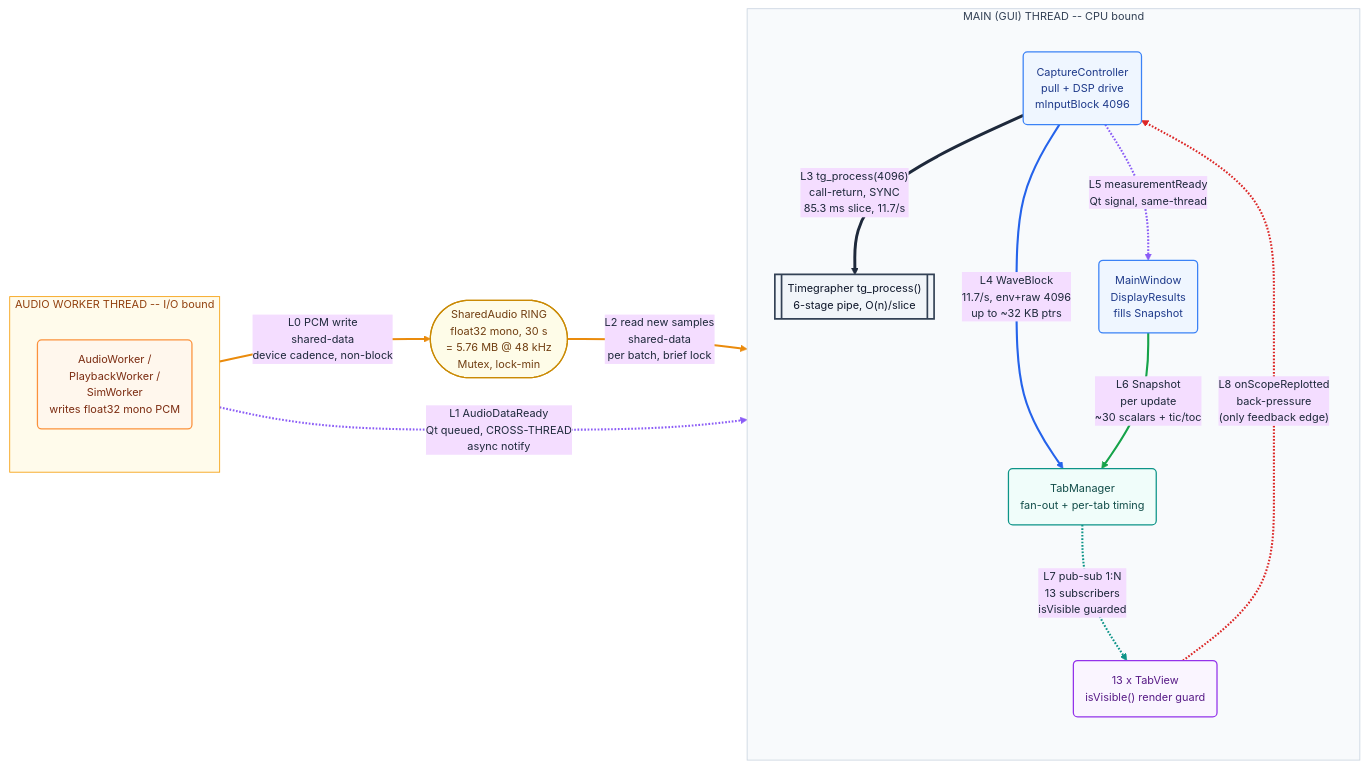
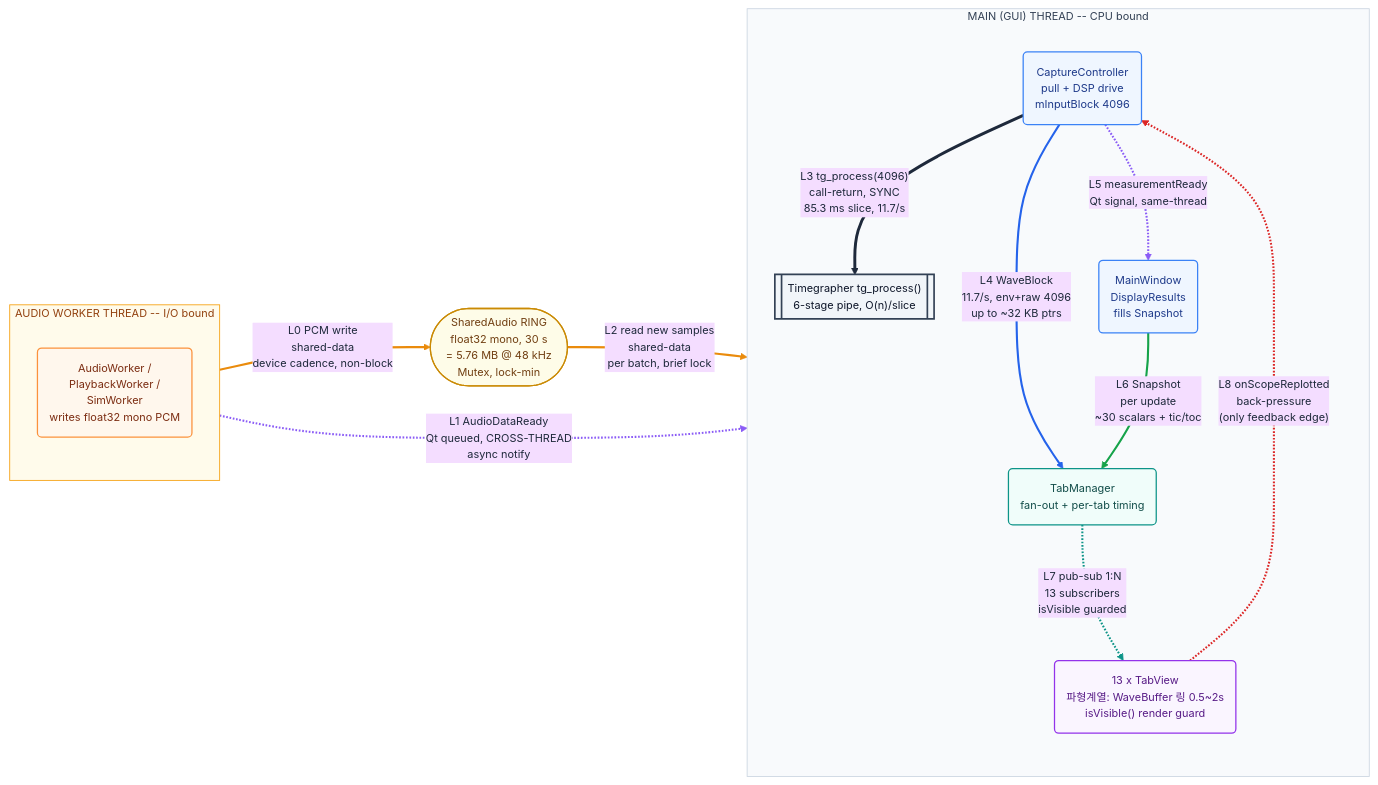
The first of 4 diagrams in documents/archive/CC_VIEW.md (jaehong179/architect_cmu), drawn with Mermaid before and after one commit. The commit also changed 1 other file, not shown here.

Commit message:
docs(archive): show all three ring buffers in the C&C view diagram
The §5 C&C diagram only drew the SharedAudio ring; per-tab WaveBuffer and the
central WaveLodHistory were missing. Now the diagram shows all three (SharedAudio
ring 30s/5.76MB, per-tab WaveBuffer ring on wave tabs, WaveLodHistory WaveSink
~210MB) and a buffer-composition table makes the kinds/sizes/addressing explicit:
all are rings keyed by absolute sample index; only SharedAudio crosses the thread
boundary; scalar-only tabs hold no WaveBuffer. CC_VIEW figure 1 annotated too.

Confirms: yes, each wave/scope tab owns its own WaveBuffer ring (mBuf[a % mCap]).

````diff
--- a/documents/archive/CC_VIEW.md
+++ b/documents/archive/CC_VIEW.md
@@ -40,54 +40,54 @@
 ```mermaid
 %%{init: {'theme':'base','themeVariables':{'fontFamily':'Segoe UI, Helvetica, Arial, sans-serif','fontSize':'13px','lineColor':'#94a3b8','primaryTextColor':'#1e293b'},'flowchart':{'curve':'basis','nodeSpacing':46,'rankSpacing':78,'padding':14}}}%%
 flowchart LR
   subgraph WT["AUDIO WORKER THREAD  --  I/O bound"]
     direction TB
     AW("AudioWorker /<br/>PlaybackWorker /<br/>SimWorker<br/>writes float32 mono PCM")
   end
 
   RING(["SharedAudio RING<br/>float32 mono, 30 s<br/>= 5.76 MB @ 48 kHz<br/>Mutex, lock-min"])
 
   subgraph MT["MAIN (GUI) THREAD  --  CPU bound"]
     direction TB
     CC("CaptureController<br/>pull + DSP drive<br/>mInputBlock 4096")
     TG[["Timegrapher tg_process()<br/>6-stage pipe, O(n)/slice"]]
     MW("MainWindow<br/>DisplayResults<br/>fills Snapshot")
     TM("TabManager<br/>fan-out + per-tab timing")
-    TABS("13 x TabView<br/>isVisible() render guard")
+    TABS("13 x TabView<br/>파형계열: WaveBuffer 링 0.5~2s<br/>isVisible() render guard")
   end
 
   AW -- "L0 PCM write<br/>shared-data<br/>device cadence, non-block" --> RING
   RING -- "L2 read new samples<br/>shared-data<br/>per batch, brief lock" --> CC
   AW -. "L1 AudioDataReady<br/>Qt queued, CROSS-THREAD<br/>async notify" .-> CC
   CC == "L3 tg_process(4096)<br/>call-return, SYNC<br/>85.3 ms slice, 11.7/s" ==> TG
   CC -- "L4 WaveBlock<br/>11.7/s, env+raw 4096<br/>up to ~32 KB ptrs" --> TM
   CC -. "L5 measurementReady<br/>Qt signal, same-thread" .-> MW
   MW -- "L6 Snapshot<br/>per update<br/>~30 scalars + tic/toc" --> TM
   TM -. "L7 pub-sub 1:N<br/>13 subscribers<br/>isVisible guarded" .-> TABS
   TABS -. "L8 onScopeReplotted<br/>back-pressure<br/>(only feedback edge)" .-> CC
 
   classDef worker fill:#fff7ed,stroke:#fb923c,stroke-width:1.5px,color:#7c2d12
   classDef shared fill:#fefce8,stroke:#ca8a04,stroke-width:1.5px,color:#713f12
   classDef ctrl fill:#eff6ff,stroke:#3b82f6,stroke-width:1.5px,color:#1e3a8a
   classDef dsp fill:#f1f5f9,stroke:#334155,stroke-width:2px,color:#0f172a
   classDef pub fill:#f0fdfa,stroke:#0d9488,stroke-width:1.5px,color:#134e4a
   classDef view fill:#faf5ff,stroke:#9333ea,stroke-width:1.5px,color:#581c87
 
   class AW worker
   class RING shared
   class CC,MW ctrl
   class TG dsp
   class TM pub
   class TABS view
 
   style WT fill:#fffbeb,stroke:#f59e0b,stroke-width:1px,color:#92400e
   style MT fill:#f8fafc,stroke:#cbd5e1,stroke-width:1px,color:#334155
 
   linkStyle 0,1 stroke:#ea8b0c,stroke-width:2.5px
   linkStyle 2,5 stroke:#8b5cf6,stroke-width:2.5px
   linkStyle 3 stroke:#1e293b,stroke-width:3.5px
   linkStyle 4 stroke:#2563eb,stroke-width:2.5px
   linkStyle 6 stroke:#16a34a,stroke-width:2.5px
   linkStyle 7 stroke:#0d9488,stroke-width:2.5px
   linkStyle 8 stroke:#dc2626,stroke-width:2.5px
 ```
````
